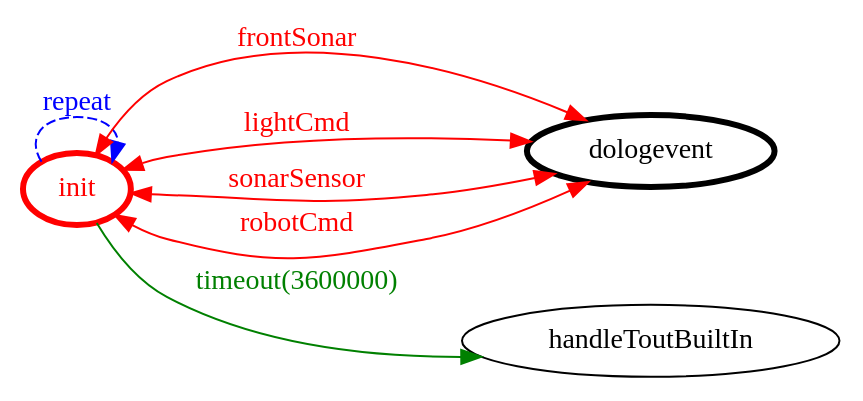
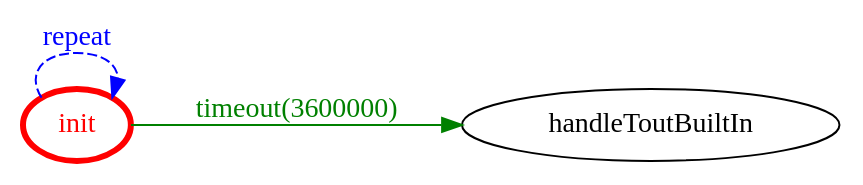
Before and after one commit to FFrabetti/ProgettoISS_relazione: the diagram in it.unibo.finalTask2018/srcMore/it/unibo/ddrlogger/ddrlogger.gv, drawn with Graphviz. The commit also changed 19 other files, not shown here.

```diff
--- a/it.unibo.finalTask2018/srcMore/it/unibo/ddrlogger/ddrlogger.gv
+++ b/it.unibo.finalTask2018/srcMore/it/unibo/ddrlogger/ddrlogger.gv
@@ -1,21 +1,16 @@
 /*
 *
 * A GraphViz DOT FSM description 
 * Please use a GraphViz visualizer (like http://www.webgraphviz.com)
 *  
 */
 
 digraph finite_state_machine {
 	rankdir=LR
 	size="8,5"
 	
 	init [ color = red ][ fontcolor = red ][ penwidth = 3 ]
-	dologevent [ color = black ][ fontcolor = black ][ penwidth = 3 ]
 	
 	init -> handleToutBuiltIn [ label = "timeout(3600000)" ][ color = green ][ fontcolor = green ]
 	init -> init [ label = "repeat "][ style = dashed ][ color = blue ][ fontcolor = blue ]
-	init -> dologevent [ label = "frontSonar" ][ color = red ][ fontcolor = red ][ dir = both ]
-	init -> dologevent [ label = "lightCmd" ][ color = red ][ fontcolor = red ][ dir = both ]
-	init -> dologevent [ label = "sonarSensor" ][ color = red ][ fontcolor = red ][ dir = both ]
-	init -> dologevent [ label = "robotCmd" ][ color = red ][ fontcolor = red ][ dir = both ]
 }
```
